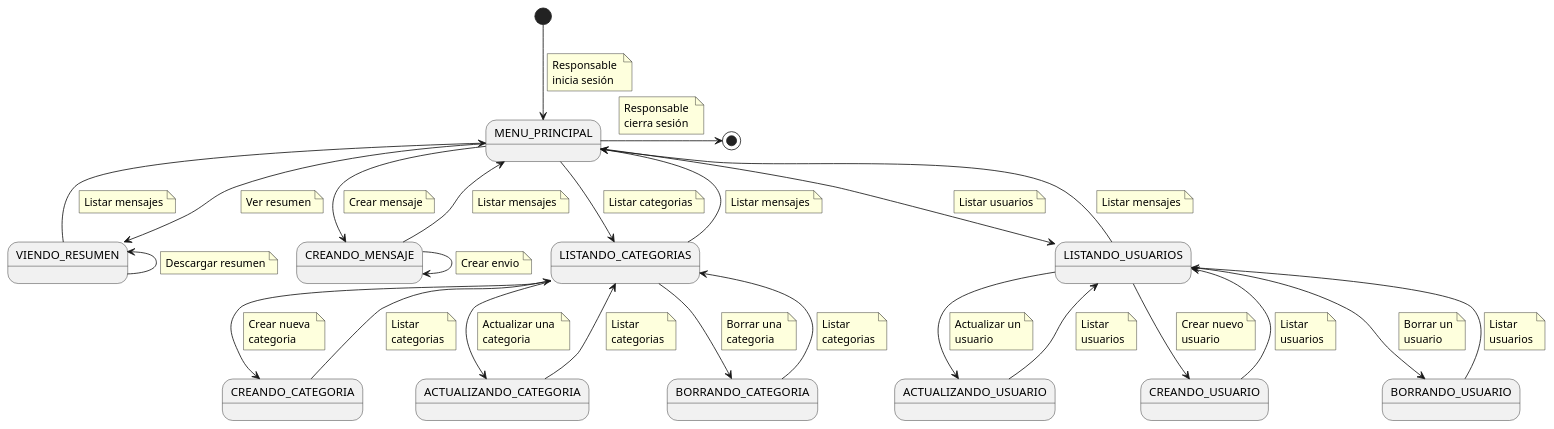
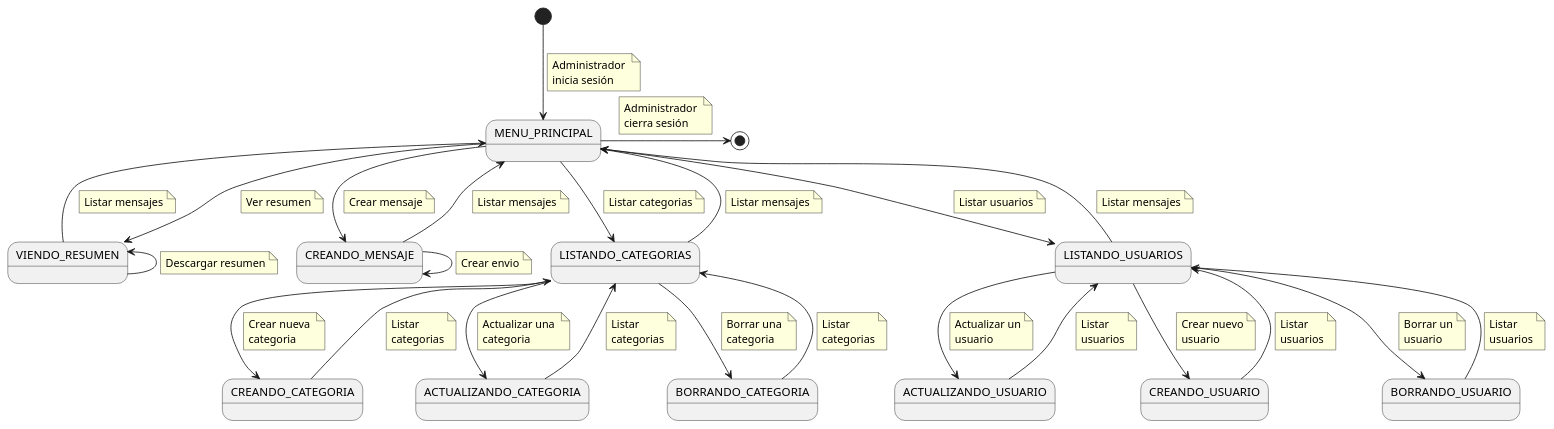
One commit to mmasias/24-25-IdSw1-SDR changed the diagram in docs/casosDeUso/diagramaDeContexto/DiagramaDeContextoAdministrador/diagramaContextoAdministrador.puml. Above: the diagram before and after it, drawn with PlantUML.

Commit message:
Fix diagramas de contexto

```diff
--- a/docs/casosDeUso/diagramaDeContexto/DiagramaDeContextoAdministrador/diagramaContextoAdministrador.puml
+++ b/docs/casosDeUso/diagramaDeContexto/DiagramaDeContextoAdministrador/diagramaContextoAdministrador.puml
@@ -1,147 +1,147 @@
 @startuml
 state "MENU_PRINCIPAL" as MenuPrincipal
 state "CREANDO_MENSAJE" as CreandoMensaje
 state "VIENDO_RESUMEN" as ViendoResumen
 state "LISTANDO_CATEGORIAS" as Categorias
 state "CREANDO_CATEGORIA" as CreandoCategoria
 state "ACTUALIZANDO_CATEGORIA" as ActualizandoCategoria
 state "BORRANDO_CATEGORIA" as BorrandoCategoria
 state "LISTANDO_USUARIOS" as Usuarios
 state "ACTUALIZANDO_USUARIO" as ActualizandoUsuario
 state "CREANDO_USUARIO" as CreandoUsuario
 state "BORRANDO_USUARIO" as BorrandoUsuario
 
 [*] --> MenuPrincipal
     note on link
-        Responsable 
+        Administrador 
         inicia sesión
     end note
 
 MenuPrincipal -> [*]
     note on link
-        Responsable 
+        Administrador 
         cierra sesión
     end note
 
 MenuPrincipal --> CreandoMensaje
     note on link
         Crear mensaje
     end note
 
 CreandoMensaje --> CreandoMensaje 
     note on link
         Crear envio
     end note
 
 MenuPrincipal--> ViendoResumen
     note on link
         Ver resumen
     end note
 
 ViendoResumen -l-> MenuPrincipal
     note on link
         Listar mensajes
     end note
 
 ViendoResumen -l-> ViendoResumen 
     note on link
         Descargar resumen
     end note
 
 CreandoMensaje --> MenuPrincipal
     note on link
         Listar mensajes
     end note
 
 MenuPrincipal --> Categorias
     note on link
         Listar categorias
     end note
 
 Categorias --> CreandoCategoria
     note on link
         Crear nueva 
         categoria
     end note
 
 CreandoCategoria --> Categorias
     note on link
         Listar 
         categorias
     end note
 
 Categorias --> ActualizandoCategoria
     note on link
         Actualizar una 
         categoria
     end note
 
 ActualizandoCategoria --> Categorias
     note on link
         Listar 
         categorias
     end note
 
 Categorias --> BorrandoCategoria
     note on link
         Borrar una 
         categoria
     end note
 
 BorrandoCategoria --> Categorias
     note on link
         Listar 
         categorias
     end note
 
 Categorias --> MenuPrincipal
     note on link
         Listar mensajes
     end note
 
 MenuPrincipal --> Usuarios
     note on link
         Listar usuarios
     end note
 
 Usuarios --> CreandoUsuario
     note on link
         Crear nuevo
         usuario
     end note
 
 CreandoUsuario --> Usuarios
     note on link
         Listar
         usuarios
     end note
 
 Usuarios --> ActualizandoUsuario
     note on link
         Actualizar un
         usuario
     end note
 
 ActualizandoUsuario --> Usuarios
     note on link
         Listar
         usuarios
     end note
 
 Usuarios --> BorrandoUsuario
     note on link
         Borrar un
         usuario
     end note
 
 BorrandoUsuario --> Usuarios
     note on link
         Listar
         usuarios
     end note
 
 Usuarios --> MenuPrincipal
     note on link
         Listar mensajes
     end note
 @enduml
```
